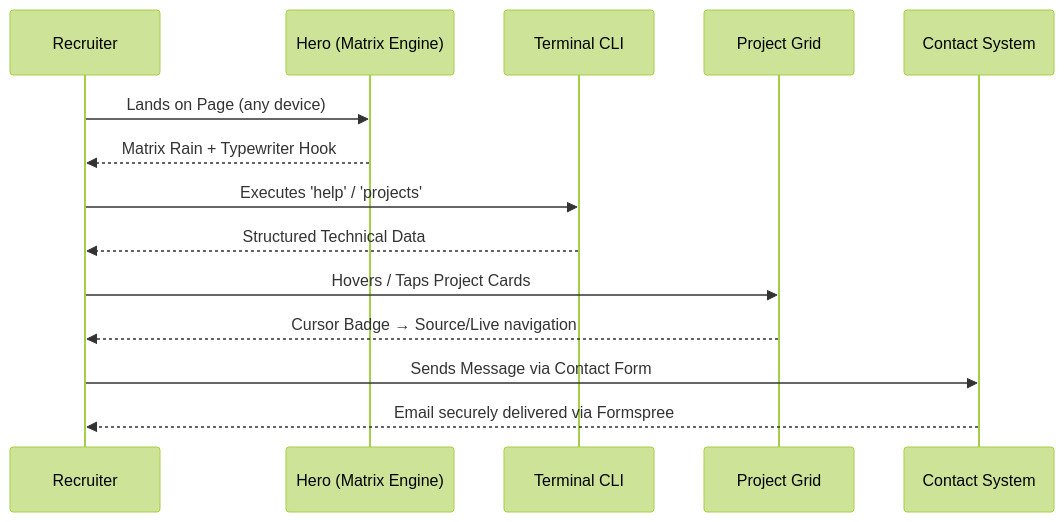
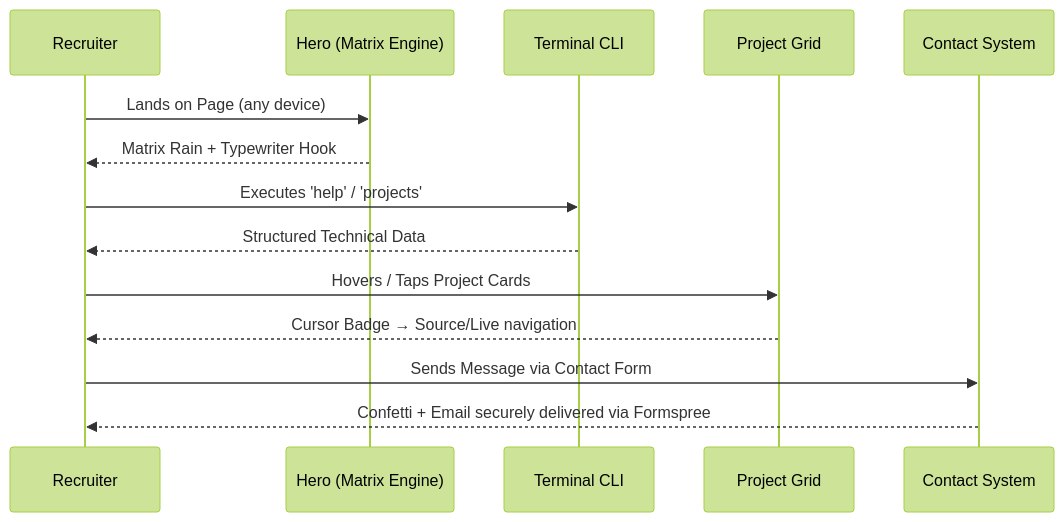
Before and after one commit to VARA4u-tech/Vara-s--Portfolio: the third of 3 diagrams in README.md, drawn with Mermaid (forest theme). The commit also changed other lines of this file, not shown here.

Commit message:
feat: enhance README with Halloween-themed interactive features and modular architecture

````diff
--- a/README.md
+++ b/README.md
@@ -114,17 +145,17 @@
 ```mermaid
 sequenceDiagram
     participant Recruiter
     participant Hero as Hero (Matrix Engine)
     participant CLI as Terminal CLI
     participant Projects as Project Grid
     participant Contact as Contact System
 
     Recruiter->>Hero: Lands on Page (any device)
     Hero-->>Recruiter: Matrix Rain + Typewriter Hook
     Recruiter->>CLI: Executes 'help' / 'projects'
     CLI-->>Recruiter: Structured Technical Data
     Recruiter->>Projects: Hovers / Taps Project Cards
     Projects-->>Recruiter: Cursor Badge → Source/Live navigation
     Recruiter->>Contact: Sends Message via Contact Form
-    Contact-->>Recruiter: Email securely delivered via Formspree
+    Contact-->>Recruiter: Confetti + Email securely delivered via Formspree
 ```
````
